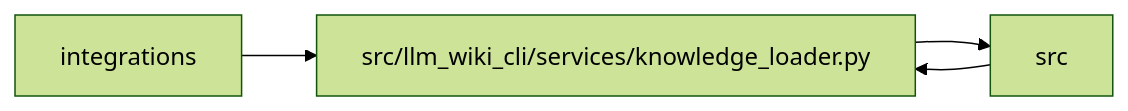
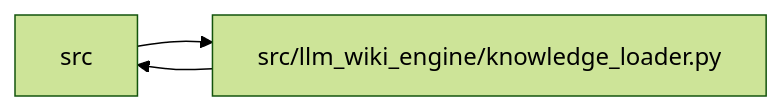
Before and after one commit to Denissvgn/python-wiki-llm: the diagram in docs/llm_wiki/modules/knowledge_loader.md, drawn with Mermaid (forest theme). The commit also changed other lines of this file and 1058 other files, not shown here.

First line of the commit message:
docs: refresh the wiki for the knowledge store move

````diff
--- a/docs/llm_wiki/modules/knowledge_loader.md
+++ b/docs/llm_wiki/modules/knowledge_loader.md
@@ -33,10 +33,8 @@
 ```mermaid
 flowchart LR
-    n0["integrations"]
-    n1["src"]
-    n2["src/llm_wiki_cli/services/knowledge_loader.py"]
-    n0 --> n2
-    n1 --> n2
-    n2 --> n1
-    click n2 "../modules/knowledge_loader.md"
+    n0["src"]
+    n1["src/llm_wiki_engine/knowledge_loader.py"]
+    n0 --> n1
+    n1 --> n0
+    click n1 "../modules/knowledge_loader.md"
 ```
````
